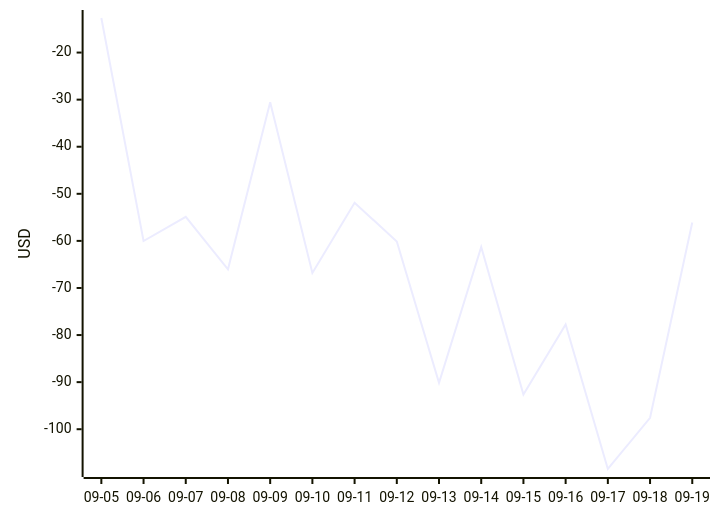
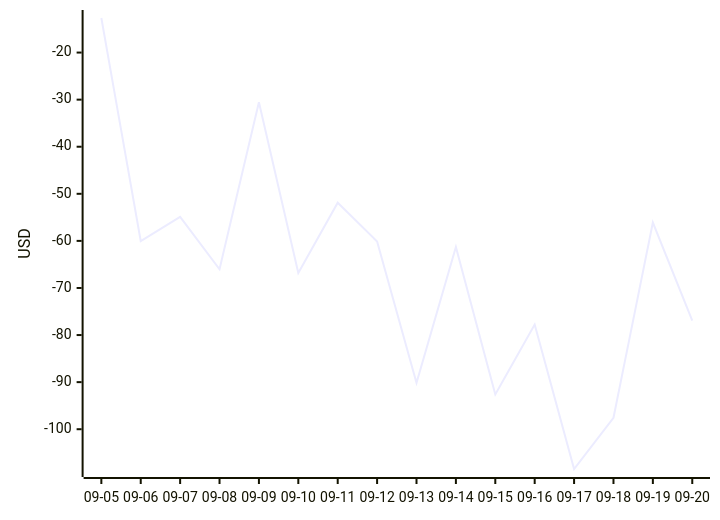
The diagram in DASHBOARD.md (aryanvaid2108/prediction-trading), drawn with Mermaid before and after one commit. The commit also changed other lines of this file and 7 other files, not shown here.

````diff
--- a/DASHBOARD.md
+++ b/DASHBOARD.md
@@ -65,6 +65,6 @@
 ```mermaid
 xychart-beta
-  x-axis ["09-05", "09-06", "09-07", "09-08", "09-09", "09-10", "09-11", "09-12", "09-13", "09-14", "09-15", "09-16", "09-17", "09-18", "09-19"]
+  x-axis ["09-05", "09-06", "09-07", "09-08", "09-09", "09-10", "09-11", "09-12", "09-13", "09-14", "09-15", "09-16", "09-17", "09-18", "09-19", "09-20"]
   y-axis "USD"
-  line [-12.66, -60.03, -54.88, -66.03, -30.54, -66.82, -51.90, -60.13, -90.16, -61.28, -92.62, -77.76, -108.45, -97.57, -56.11]
+  line [-12.66, -60.03, -54.88, -66.03, -30.54, -66.82, -51.90, -60.13, -90.16, -61.28, -92.62, -77.76, -108.45, -97.57, -56.11, -76.93]
 ```
````
